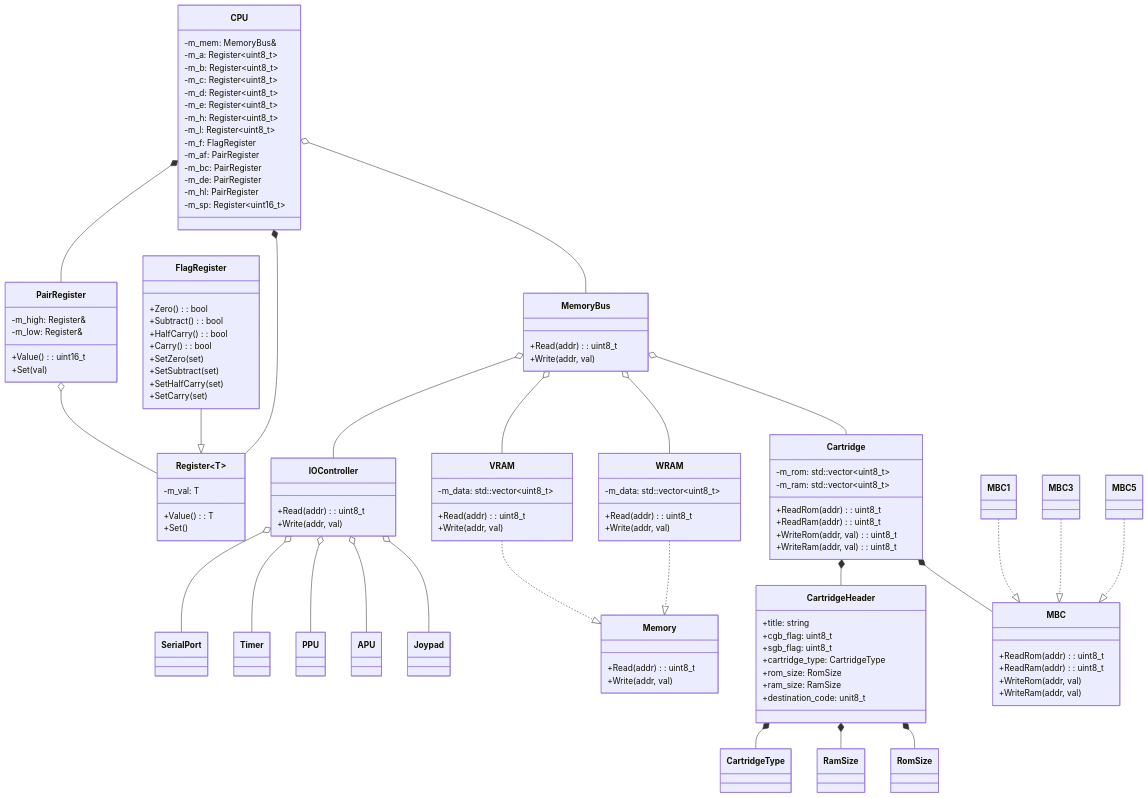
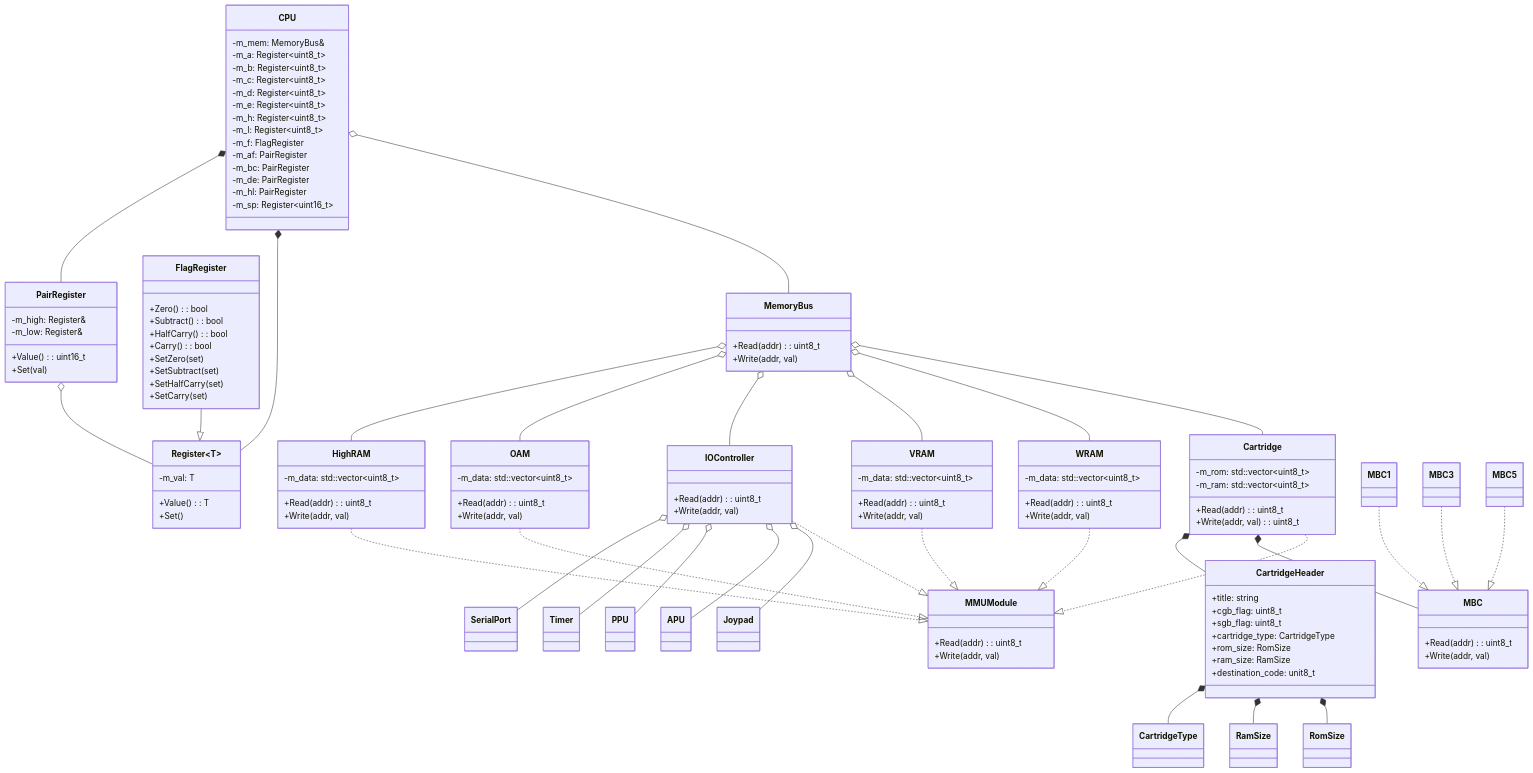
One commit to ShinraiYeen/Yeenboy changed the diagram in README.md. Above: the diagram before and after it, drawn with Mermaid.

Commit message:
Update mermaid diagram

```diff
--- a/README.md
+++ b/README.md
@@ -89,22 +89,12 @@
     class RamSize
     class CartridgeType
 
-    class Cartridge {
-        +ReadRom(addr): uint8_t
-        +ReadRam(addr): uint8_t
-        +WriteRom(addr, val): uint8_t
-        +WriteRam(addr, val): uint8_t
-
-        -m_rom: std::vector~uint8_t~
-        -m_ram: std::vector~uint8_t~
-    }
-
     class MemoryBus {
         +Read(addr): uint8_t
         +Write(addr, val)
     }
 
-    class Memory {
+    class MMUModule {
         +Read(addr): uint8_t
         +Write(addr, val)
     }
@@ -123,6 +113,20 @@
         -m_data: std::vector~uint8_t~
     }
 
+    class OAM {
+        +Read(addr): uint8_t
+        +Write(addr, val)
+
+        -m_data: std::vector~uint8_t~
+    }
+
+    class HighRAM {
+        +Read(addr): uint8_t
+        +Write(addr, val)
+
+        -m_data: std::vector~uint8_t~
+    }
+
     class IOController {
         +Read(addr): uint8_t
         +Write(addr, val)
@@ -134,11 +138,17 @@
     class Joypad
     class SerialPort
 
+    class Cartridge {
+        +Read(addr): uint8_t
+        +Write(addr, val): uint8_t
+
+        -m_rom: std::vector~uint8_t~
+        -m_ram: std::vector~uint8_t~
+    }
+
     class MBC {
-        +ReadRom(addr): uint8_t
-        +ReadRam(addr): uint8_t
-        +WriteRom(addr, val)
-        +WriteRam(addr, val)
+        +Read(addr): uint8_t
+        +Write(addr, val)
     }
 
     class MBC1 {
@@ -147,14 +157,21 @@
     class MBC3
     class MBC5
 
-    WRAM ..|> Memory
-    VRAM ..|> Memory
+    WRAM ..|> MMUModule
+    VRAM ..|> MMUModule
+    Cartridge ..|> MMUModule
+    IOController ..|> MMUModule
+    OAM ..|> MMUModule
+    HighRAM ..|> MMUModule
+
 
 
     MemoryBus o-- Cartridge
     MemoryBus o-- WRAM
     MemoryBus o-- VRAM
     MemoryBus o-- IOController
+    MemoryBus o-- OAM
+    MemoryBus o-- HighRAM
 
     CPU o-- MemoryBus
     CPU *-- Register
```
